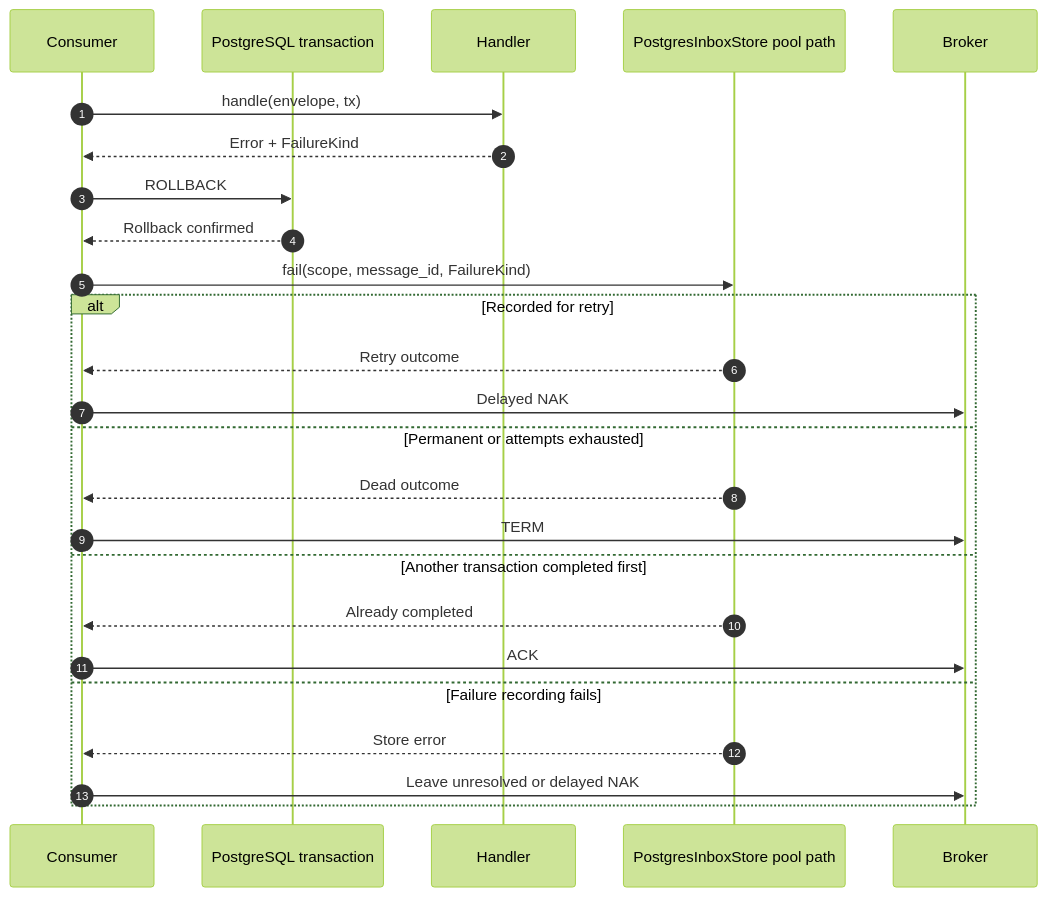
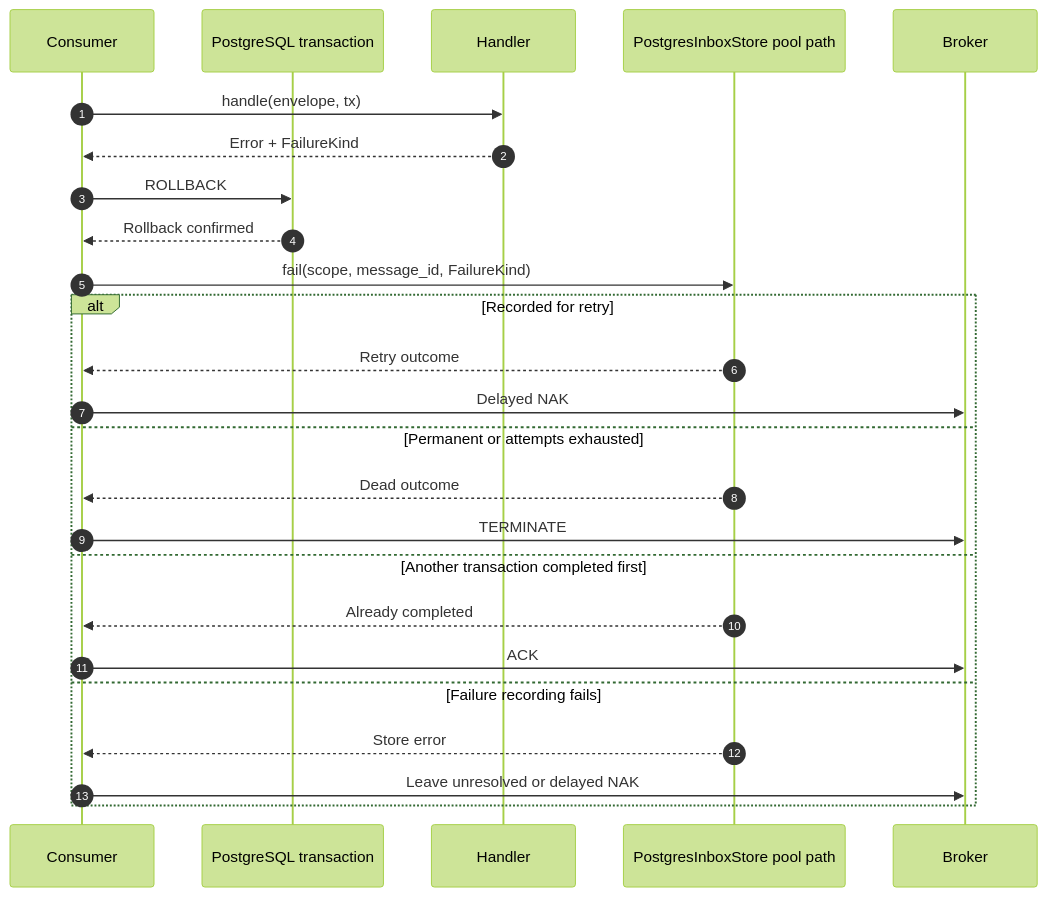
Before and after one commit to sisaio/sisa-messaging-rs: the ninth of 13 diagrams in docs/runtime-flows.md, drawn with Mermaid (forest theme). The commit also changed other lines of this file and 7 other files, not shown here.

````diff
--- a/docs/runtime-flows.md
+++ b/docs/runtime-flows.md
@@ -281,28 +281,28 @@
 ```mermaid
 sequenceDiagram
     autonumber
     participant Consumer
     participant Tx as PostgreSQL transaction
     participant Handler
     participant Inbox as PostgresInboxStore pool path
     participant Broker
 
     Consumer->>Handler: handle(envelope, tx)
     Handler-->>Consumer: Error + FailureKind
     Consumer->>Tx: ROLLBACK
     Tx-->>Consumer: Rollback confirmed
     Consumer->>Inbox: fail(scope, message_id, FailureKind)
     alt Recorded for retry
         Inbox-->>Consumer: Retry outcome
         Consumer->>Broker: Delayed NAK
     else Permanent or attempts exhausted
         Inbox-->>Consumer: Dead outcome
-        Consumer->>Broker: TERM
+        Consumer->>Broker: TERMINATE
     else Another transaction completed first
         Inbox-->>Consumer: Already completed
         Consumer->>Broker: ACK
     else Failure recording fails
         Inbox-->>Consumer: Store error
         Consumer->>Broker: Leave unresolved or delayed NAK
     end
 ```
````
